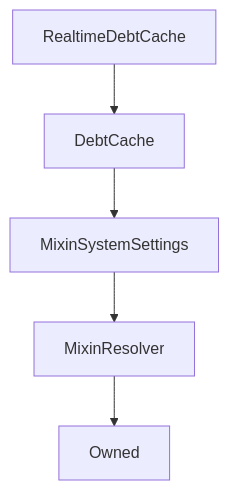
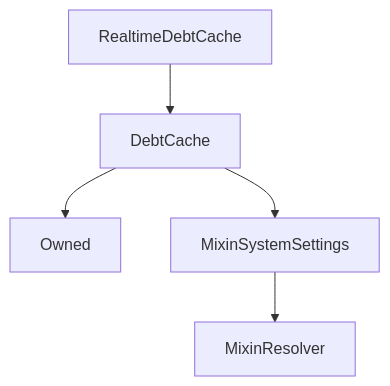
Before and after one commit to Synthetixio/synthetix-docs: the diagram in content/contracts/source/contracts/RealtimeDebtCache.md, drawn with Mermaid. The commit also changed other lines of this file and 117 other files, not shown here.

````diff
--- a/content/contracts/source/contracts/RealtimeDebtCache.md
+++ b/content/contracts/source/contracts/RealtimeDebtCache.md
@@ -11,8 +11,8 @@
 ```mermaid
 graph TD
     RealtimeDebtCache[RealtimeDebtCache] --> DebtCache[DebtCache]
+    DebtCache[DebtCache] --> Owned[Owned]
     DebtCache[DebtCache] --> MixinSystemSettings[MixinSystemSettings]
     MixinSystemSettings[MixinSystemSettings] --> MixinResolver[MixinResolver]
-    MixinResolver[MixinResolver] --> Owned[Owned]
 
 ```
````
